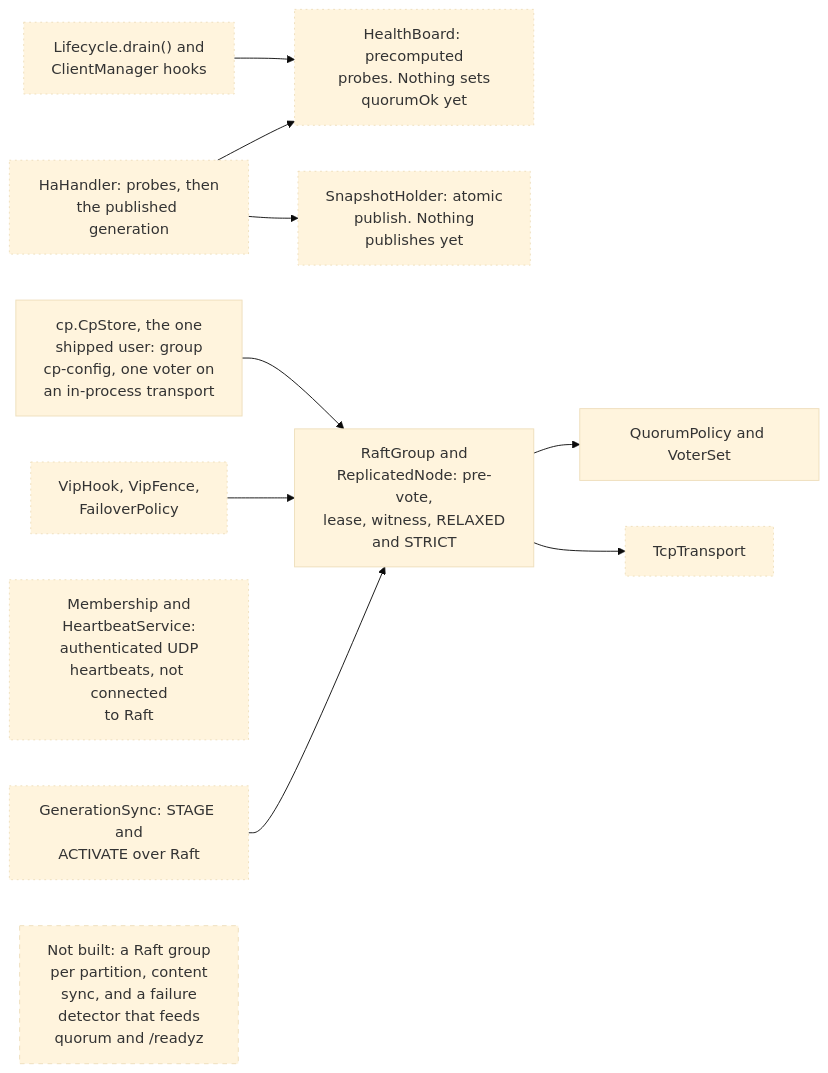
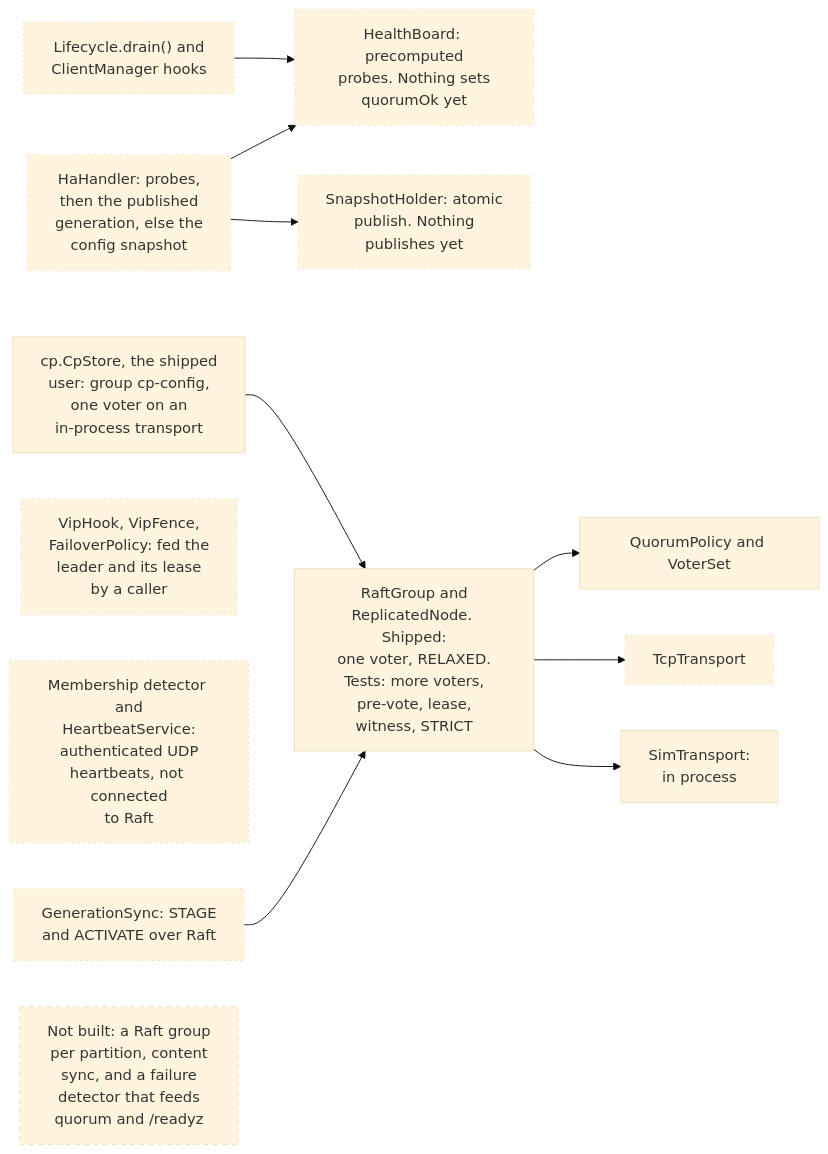
Before and after one commit to BlivionIaG/sjws_nettask: the first of 6 diagrams in docs/ha/design.md, drawn with Mermaid (base theme). The commit also changed other lines of this file and 19 other files, not shown here.

First line of the commit message:
docs: fix the diagrams the fact-check found imprecise

````diff
--- a/docs/ha/design.md
+++ b/docs/ha/design.md
@@ -34,28 +35,29 @@
 ```mermaid
 flowchart LR
-        hh["HaHandler: probes, then<br/>the published generation"]
+        hh["HaHandler: probes,<br/>then the published<br/>generation, else the<br/>config snapshot"]
         hb["HealthBoard: precomputed<br/>probes. Nothing sets<br/>quorumOk yet"]
         sh["SnapshotHolder: atomic<br/>publish. Nothing<br/>publishes yet"]
         lc["Lifecycle.drain() and<br/>ClientManager hooks"]
-        gs["GenerationSync: STAGE and<br/>ACTIVATE over Raft"]
-        vip["VipHook, VipFence,<br/>FailoverPolicy"]
+        gs["GenerationSync: STAGE<br/>and ACTIVATE over Raft"]
+        vip["VipHook, VipFence,<br/>FailoverPolicy: fed the<br/>leader and its lease<br/>by a caller"]
         hh --> hb
         hh --> sh
         lc --> hb
-        raft["RaftGroup and<br/>ReplicatedNode: pre-vote,<br/>lease, witness, RELAXED<br/>and STRICT"]
+        raft["RaftGroup and<br/>ReplicatedNode. Shipped:<br/>one voter, RELAXED.<br/>Tests: more voters,<br/>pre-vote, lease,<br/>witness, STRICT"]
         pol["QuorumPolicy and VoterSet"]
         tcp["TcpTransport"]
-        mem["Membership and<br/>HeartbeatService:<br/>authenticated UDP<br/>heartbeats, not connected<br/>to Raft"]
+        sim["SimTransport:<br/>in process"]
+        mem["Membership detector and<br/>HeartbeatService:<br/>authenticated UDP<br/>heartbeats, not connected<br/>to Raft"]
         raft --> pol
         raft --> tcp
-    cp["cp.CpStore, the one<br/>shipped user: group<br/>cp-config, one voter on<br/>an in-process transport"]
+        raft --> sim
+    cp["cp.CpStore, the shipped<br/>user: group cp-config,<br/>one voter on an<br/>in-process transport"]
     gs --> raft
-    vip --> raft
     cp --> raft
 
     classDef lib stroke-dasharray: 2 4
     class hh,hb,sh,lc,gs,vip,mem,tcp lib
     np["Not built: a Raft group<br/>per partition, content<br/>sync, and a failure<br/>detector that feeds<br/>quorum and /readyz"]
     classDef design stroke-dasharray: 5 5
     class np design
 ```
````
